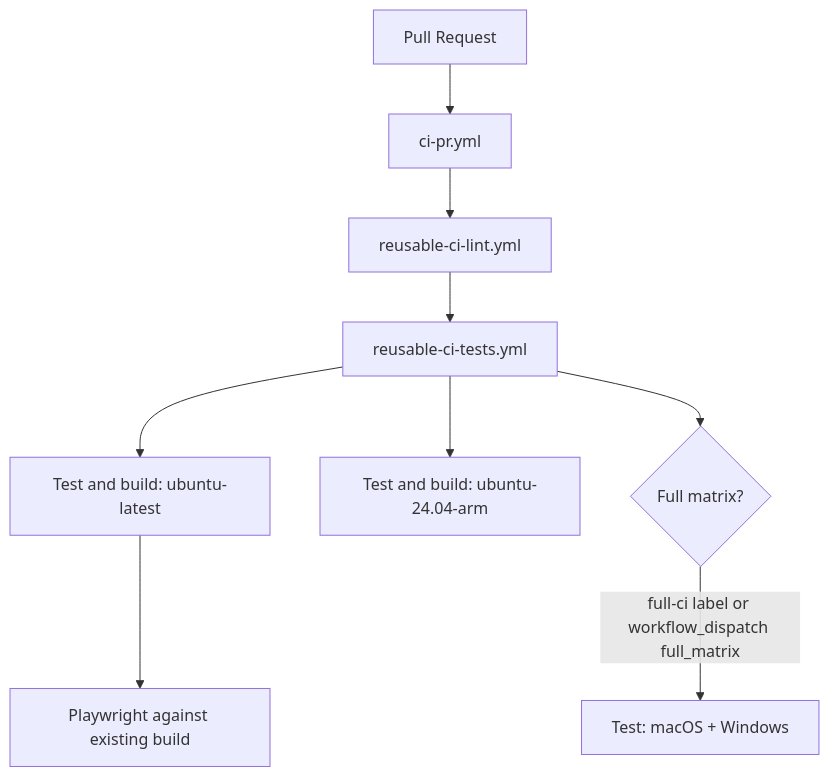
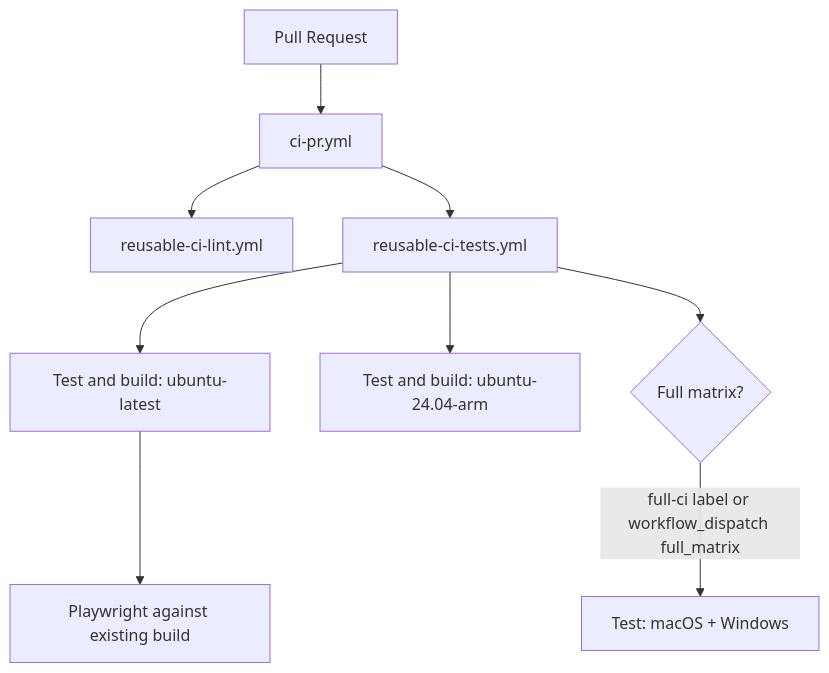
Before and after one commit to josstei/prismgb-app: the first of 6 diagrams in docs/ci-cd-workflows.md, drawn with Mermaid. The commit also changed other lines of this file and 125 other files, not shown here.

````diff
--- a/docs/ci-cd-workflows.md
+++ b/docs/ci-cd-workflows.md
@@ -53,12 +53,12 @@
 ```mermaid
 flowchart TD
   PR[Pull Request] --> CI[ci-pr.yml]
   CI --> LINT[reusable-ci-lint.yml]
-  LINT --> TESTS[reusable-ci-tests.yml]
+  CI --> TESTS[reusable-ci-tests.yml]
 
   TESTS --> LINUX[Test and build: ubuntu-latest]
   LINUX --> E2E[Playwright against existing build]
   TESTS --> ARM[Test and build: ubuntu-24.04-arm]
   TESTS --> MATRIX{Full matrix?}
   MATRIX -->|full-ci label or workflow_dispatch full_matrix| OS[Test: macOS + Windows]
 ```
````
